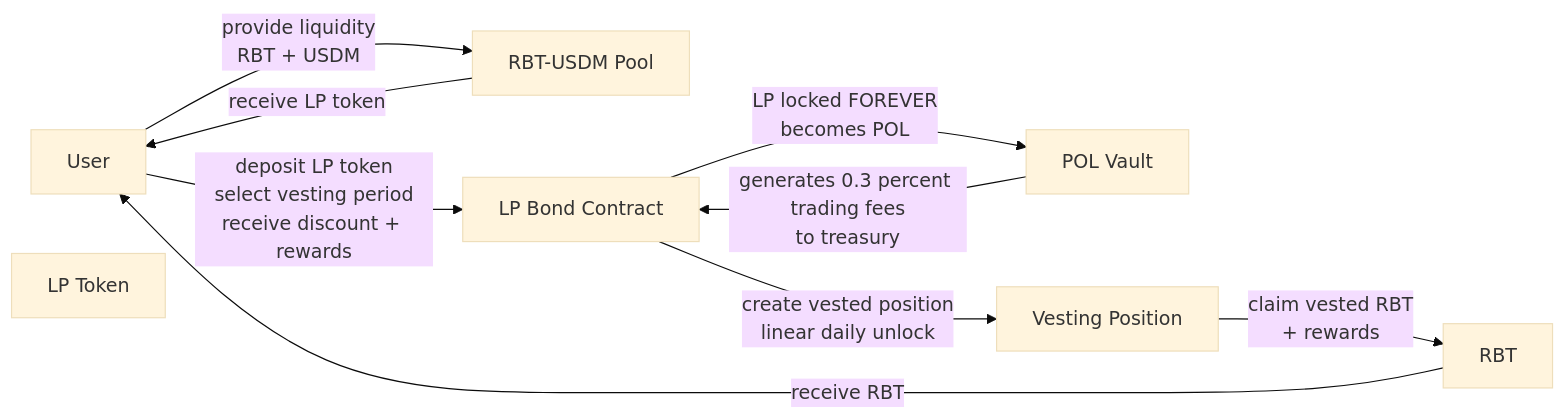
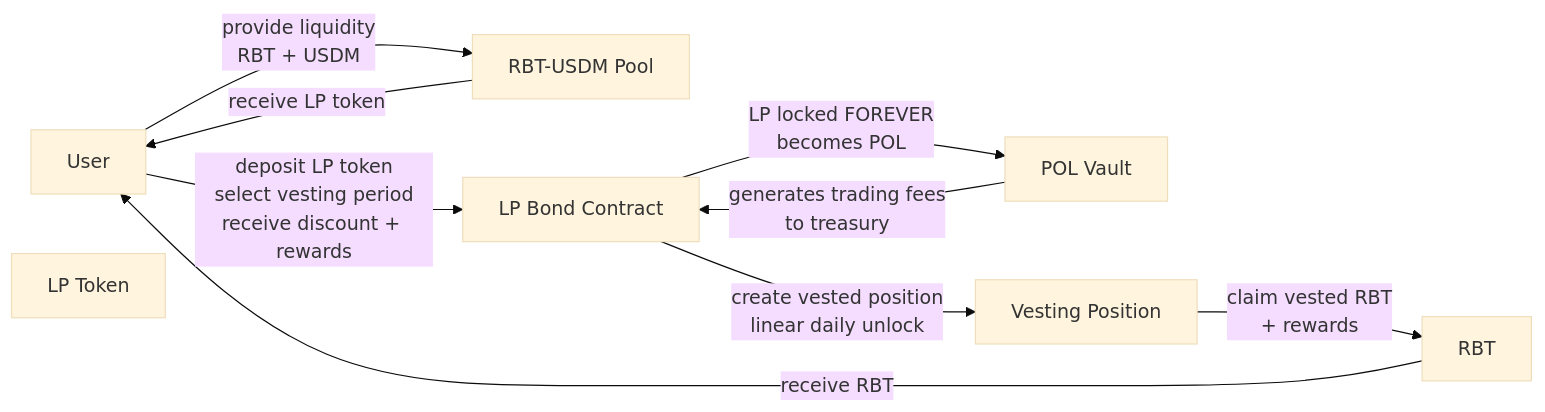
One commit to 0xJaehaerys/ohmega changed the fifth of 10 diagrams in blackhaven-architecture-diagrams.md. Above: the diagram before and after it, drawn with Mermaid (base theme). The commit also changed other lines of this file, not shown here.

Commit message:
Remove speculative trading fee percentages, use generic 'trading fees'

````diff
--- a/blackhaven-architecture-diagrams.md
+++ b/blackhaven-architecture-diagrams.md
@@ -143,19 +143,19 @@
 ```mermaid
 graph LR
     USER[User]
     LP_POOL[RBT-USDM Pool]
     LP_TOKEN[LP Token]
     LP_BOND[LP Bond Contract]
     POL[POL Vault]
     VESTING[Vesting Position]
     RBT[RBT]
     
     USER -->|provide liquidity<br/>RBT + USDM| LP_POOL
     LP_POOL -->|receive LP token| USER
     USER -->|deposit LP token<br/>select vesting period<br/>receive discount + rewards| LP_BOND
     LP_BOND -->|LP locked FOREVER<br/>becomes POL| POL
-    POL -->|generates 0.3 percent trading fees<br/>to treasury| LP_BOND
+    POL -->|generates trading fees<br/>to treasury| LP_BOND
     LP_BOND -->|create vested position<br/>linear daily unlock| VESTING
     VESTING -->|claim vested RBT<br/>+ rewards| RBT
     RBT -->|receive RBT| USER
 ```
````
